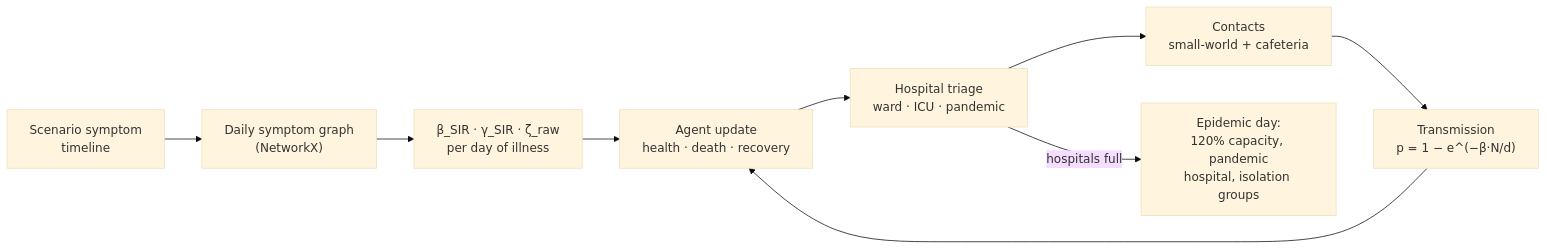
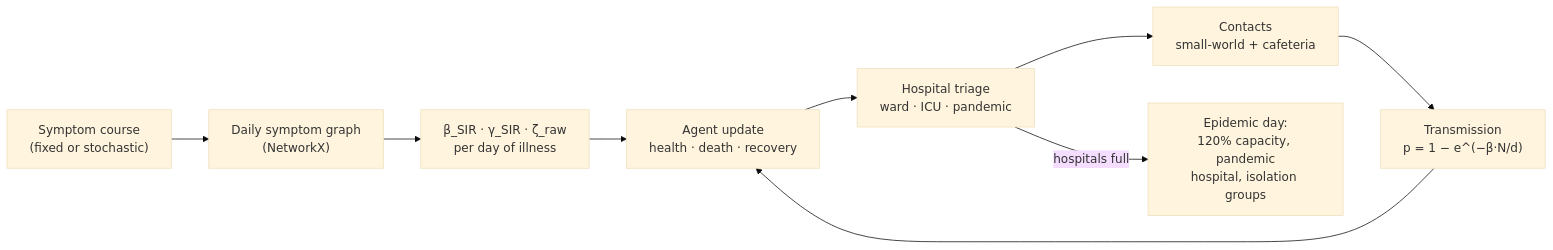
Before and after one commit to efe-akpinar/agent-based-epidemic-model: the diagram in README.md, drawn with Mermaid (base theme). The commit also changed other lines of this file and 22 other files, not shown here.

````diff
--- a/README.md
+++ b/README.md
@@ -28,11 +44,11 @@
 ```mermaid
 flowchart LR
-    A["Scenario symptom<br/>timeline"] --> B["Daily symptom graph<br/>(NetworkX)"]
+    A["Symptom course<br/>(fixed or stochastic)"] --> B["Daily symptom graph<br/>(NetworkX)"]
     B --> C["β_SIR · γ_SIR · ζ_raw<br/>per day of illness"]
     C --> D["Agent update<br/>health · death · recovery"]
     D --> E["Hospital triage<br/>ward · ICU · pandemic"]
     E --> F["Contacts<br/>small-world + cafeteria"]
     F --> G["Transmission<br/>p = 1 − e^(−β·N/d)"]
     G --> D
     E -- "hospitals full" --> H["Epidemic day:<br/>120% capacity, pandemic<br/>hospital, isolation groups"]
 ```
````
